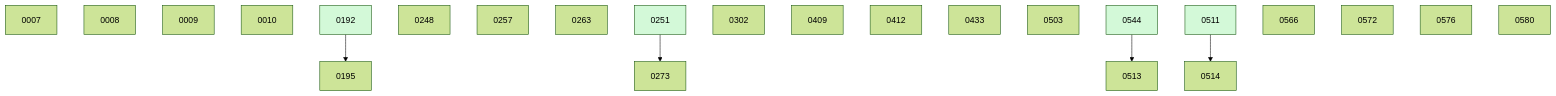
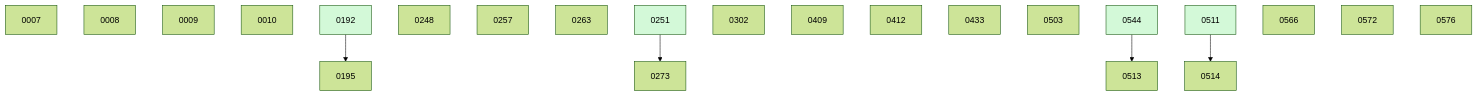
The diagram in docs/changes/BOARD.md (danielhanold/docket), drawn with Mermaid (forest theme) before and after one commit. The commit also changed other lines of this file and 4 other files, not shown here.

````diff
--- a/docs/changes/BOARD.md
+++ b/docs/changes/BOARD.md
@@ -40,28 +34,27 @@
 ```mermaid
 graph TD
   0007
   0008
   0009
   0010
   0192 --> 0195
   0248
   0257
   0263
   0251 --> 0273
   0302
   0409
   0412
   0433
   0503
   0544 --> 0513
   0511 --> 0514
   0566
   0572
   0576
-  0580
   0192:::done
   0251:::done
   0511:::done
   0544:::done
   classDef done fill:#d3f9d8;
 ```
````
